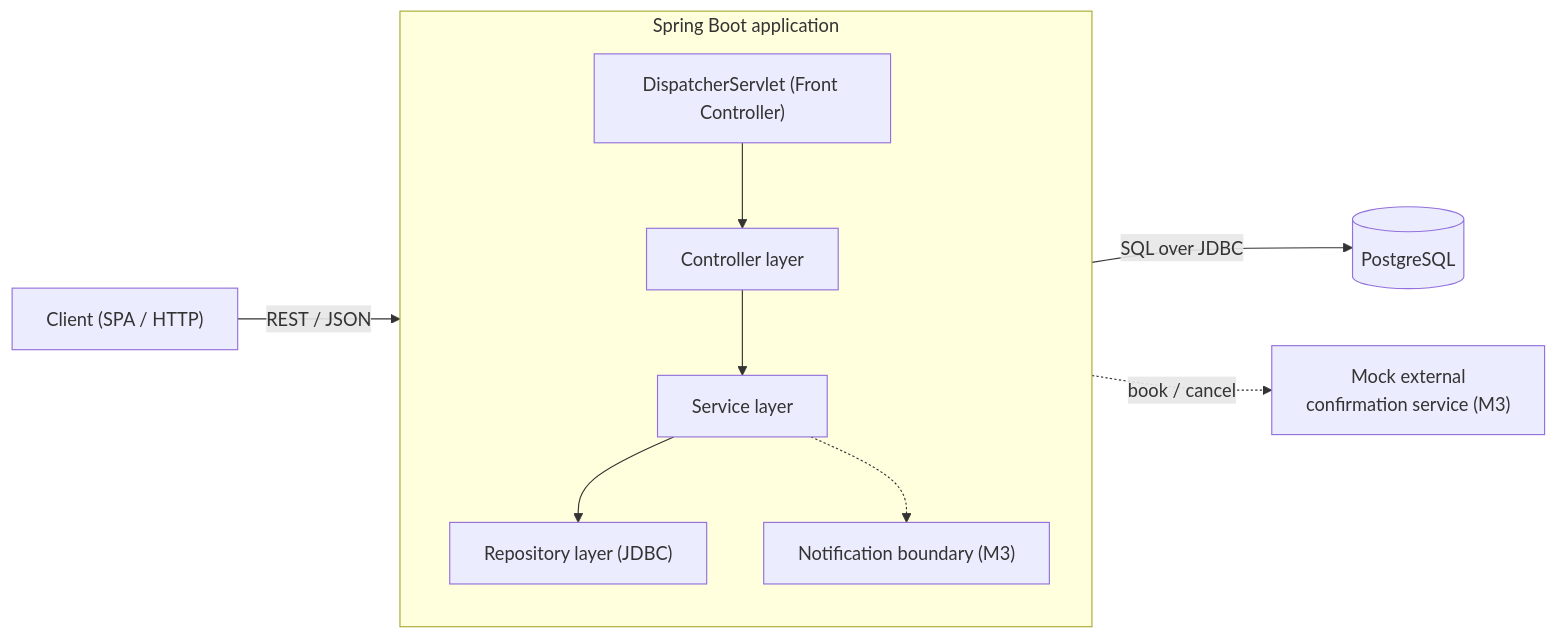
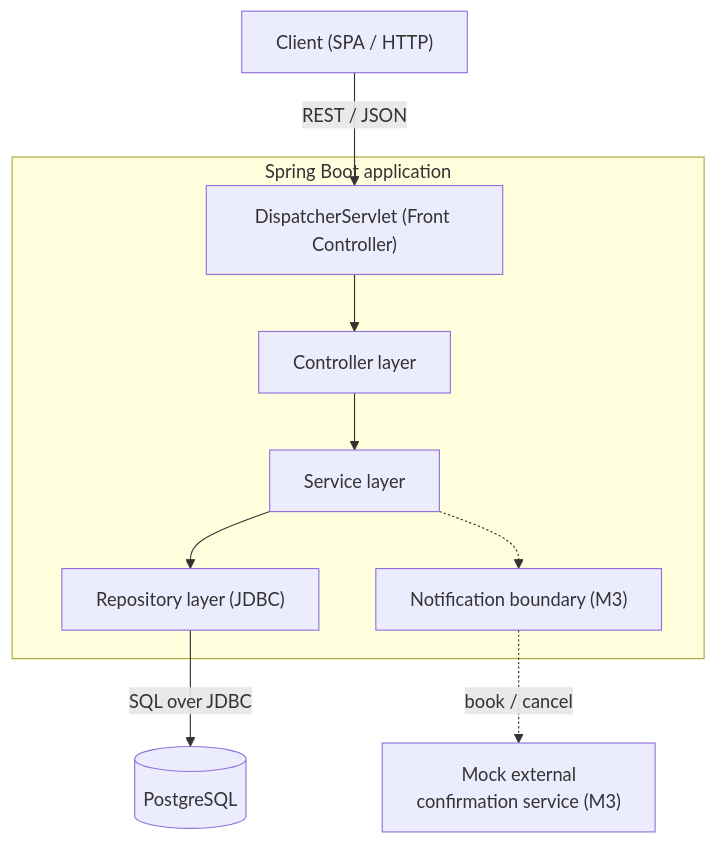
One commit to weslayer/cmpe172 changed the diagram in docs/architecture.md. Above: the diagram before and after it, drawn with Mermaid. The commit also changed other lines of this file and 1 other file, not shown here.

Commit message:
tidy architecture and request flow diagrams

````diff
--- a/docs/architecture.md
+++ b/docs/architecture.md
@@ -5,22 +5,21 @@
 ```mermaid
-flowchart LR
+flowchart TB
     client["Client (SPA / HTTP)"]
 
     subgraph app["Spring Boot application"]
-        direction TB
         fc["DispatcherServlet (Front Controller)"]
         ctrl["Controller layer"]
         svc["Service layer"]
         repo["Repository layer (JDBC)"]
         fc --> ctrl --> svc --> repo
         notif["Notification boundary (M3)"]
         svc -.-> notif
     end
 
     db[("PostgreSQL")]
     ext["Mock external<br/>confirmation service (M3)"]
 
     client -->|REST / JSON| fc
     repo -->|SQL over JDBC| db
     notif -.->|book / cancel| ext
 ```
````
